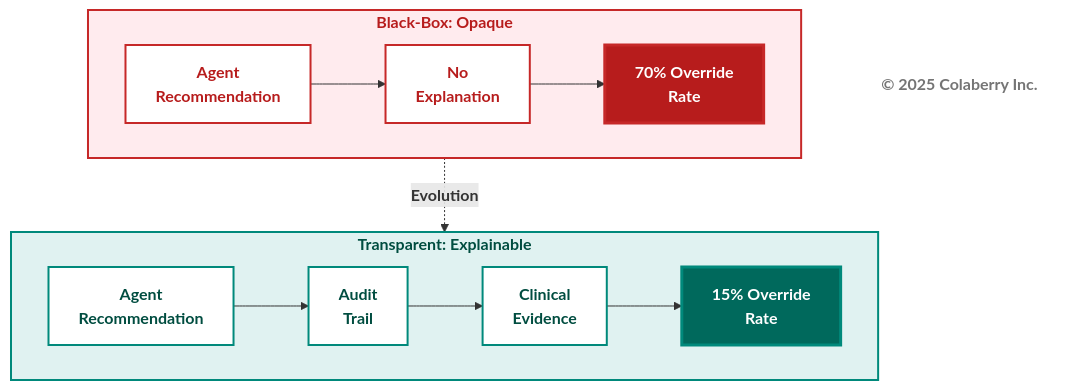
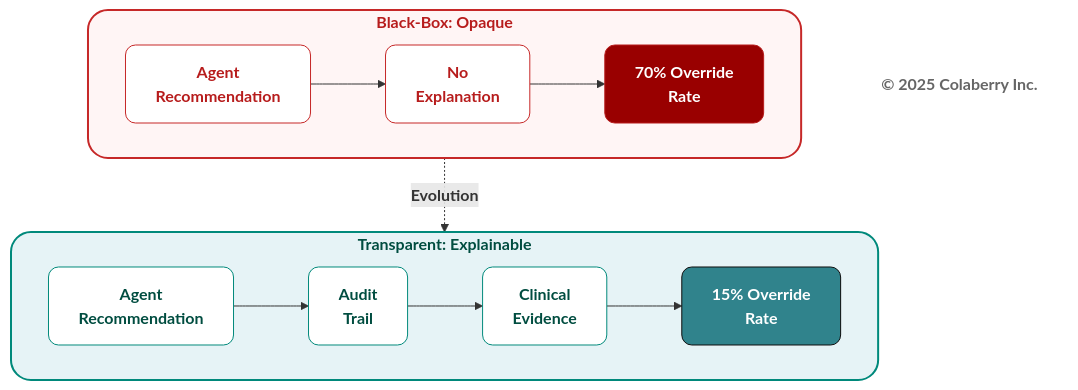
Before and after one commit to saitejesh-cyber/trust-before-intelligence-book: diagram 12 of 12 in manuscript/03_chapter_2_inpact_framework.md, drawn with Mermaid. The commit also changed other lines of this file, not shown here.

Commit message:
Chapter3: Updated mermaid diagrams based on new colaberry color code

````diff
--- a/manuscript/03_chapter_2_inpact_framework.md
+++ b/manuscript/03_chapter_2_inpact_framework.md
@@ -872,33 +929,39 @@
 ```mermaid
 graph TB
     subgraph ERA1["<b>Black-Box: Opaque</b>"]
         direction LR
         A1["<b>Agent<br/>Recommendation</b>"] --> B1["<b>No<br/>Explanation</b>"]
         B1 --> D1["<b>70% Override<br/>Rate</b>"]
         
-        style D1 fill:#b71c1c,color:#ffffff,stroke:#c62828,stroke-width:3px
+        %% 🔴 CRITICAL TRUST FAILURE
+        style D1 fill:#990000,stroke:#b71c1c,stroke-width:1px,color:#ffffff,rx:10,ry:10
     end
     
+    %% 🔵 TRANSITION — ADD TRANSPARENCY
     ERA1 -.->|<b>Evolution</b>| ERA2
     
     subgraph ERA2["<b>Transparent: Explainable</b>"]
         direction LR
         A2["<b>Agent<br/>Recommendation</b>"] --> B2["<b>Audit<br/>Trail</b>"]
         B2 --> C2["<b>Clinical<br/>Evidence</b>"]
         C2 --> D2["<b>15% Override<br/>Rate</b>"]
         
-        style D2 fill:#00695c,color:#ffffff,stroke:#00897b,stroke-width:3px
+        %% 🟢 TRUSTED OUTCOME
+        style D2 fill:#30838C,stroke:#0D0D0D,stroke-width:1px,color:#ffffff,rx:10,ry:10
     end
     
-    style ERA1 fill:#ffebee,stroke:#c62828,stroke-width:2px,color:#b71c1c
-    style A1 fill:#ffffff,stroke:#c62828,stroke-width:2px,color:#b71c1c
-    style B1 fill:#ffffff,stroke:#c62828,stroke-width:2px,color:#b71c1c
+    %% 🔴 OLD ERA — OPAQUE
+    style ERA1 fill:#fff5f5,stroke:#c62828,stroke-width:2px,color:#b71c1c,rx:20,ry:20
+    style A1 fill:#ffffff,stroke:#c62828,stroke-width:1px,color:#b71c1c,rx:10,ry:10
+    style B1 fill:#ffffff,stroke:#c62828,stroke-width:1px,color:#b71c1c,rx:10,ry:10
     
-    style ERA2 fill:#e0f2f1,stroke:#00897b,stroke-width:2px,color:#004d40
-    style A2 fill:#ffffff,stroke:#00897b,stroke-width:2px,color:#004d40
-    style B2 fill:#ffffff,stroke:#00897b,stroke-width:2px,color:#004d40
-    style C2 fill:#ffffff,stroke:#00897b,stroke-width:2px,color:#004d40
+    %% 🟢 AGENT ERA — TRANSPARENT
+    style ERA2 fill:#e6f3f6,stroke:#00897b,stroke-width:2px,color:#004d40,rx:20,ry:20
+    style A2 fill:#ffffff,stroke:#00897b,stroke-width:1px,color:#004d40,rx:10,ry:10
+    style B2 fill:#ffffff,stroke:#00897b,stroke-width:1px,color:#004d40,rx:10,ry:10
+    style C2 fill:#ffffff,stroke:#00897b,stroke-width:1px,color:#004d40,rx:10,ry:10
     
+    %% FOOTER
     Copyright["<b>© 2025 Colaberry Inc.</b>"]
-    style Copyright fill:#ffffff,stroke:none,color:#757575
+    style Copyright fill:none,stroke:none,color:#666666
 ```
````
